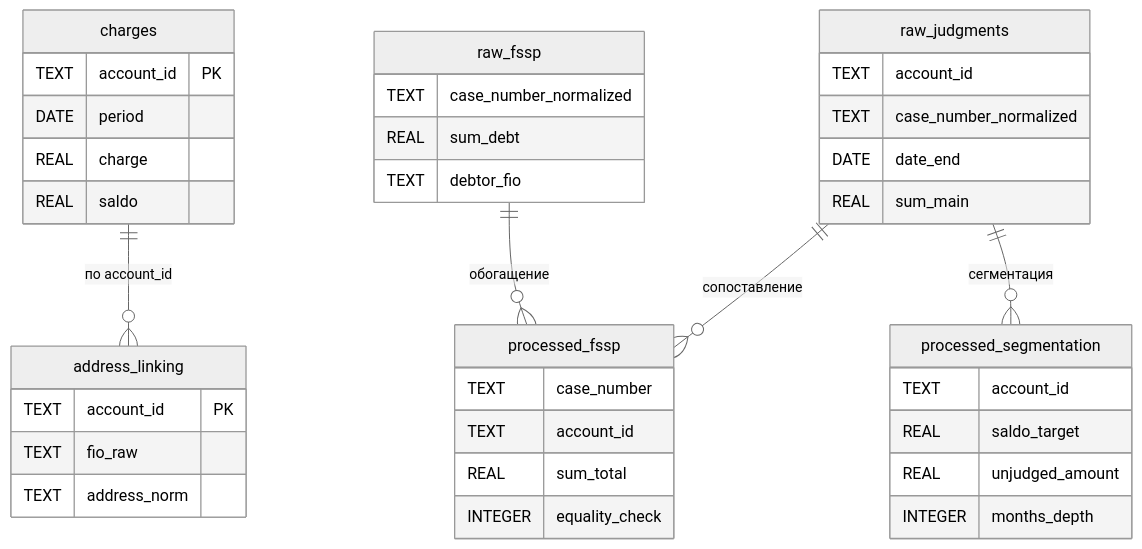
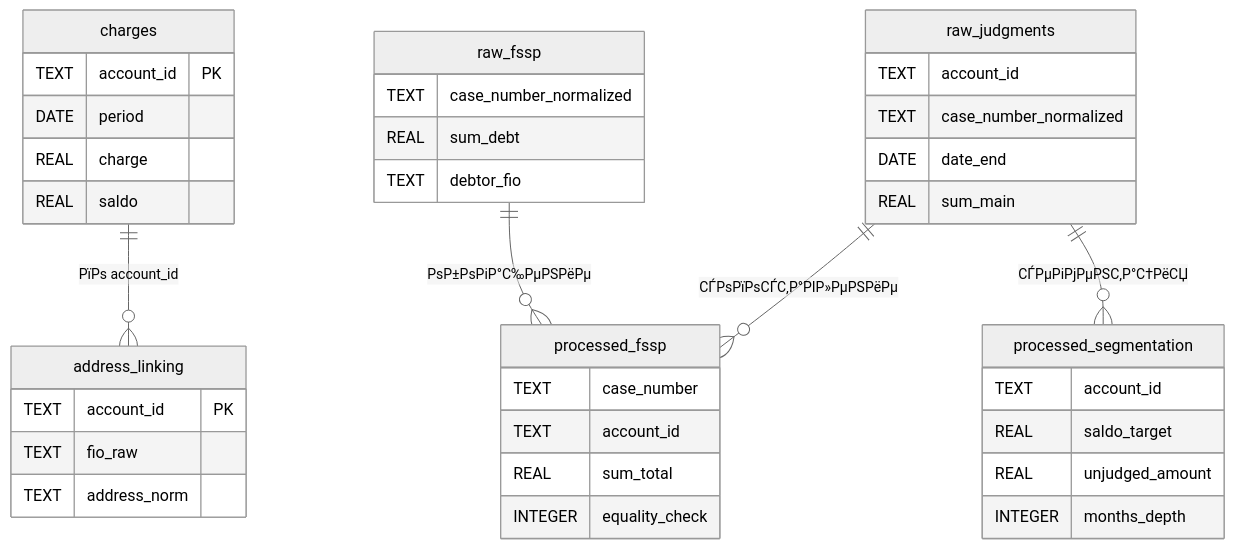
The first of 2 diagrams in docs/DB_SCHEMA.md (turinyura/DebtManagerApp2_v2-docs), drawn with Mermaid (neutral theme) before and after one commit. The commit also changed other lines of this file and 8 other files, not shown here.

````diff
--- a/docs/DB_SCHEMA.md
+++ b/docs/DB_SCHEMA.md
@@ -145,47 +145,47 @@
 ```mermaid
 erDiagram
-    charges ||--o{ address_linking : "по account_id"
-    raw_fssp ||--o{ processed_fssp : "обогащение"
-    raw_judgments ||--o{ processed_fssp : "сопоставление"
-    raw_judgments ||--o{ processed_segmentation : "сегментация"
+    charges ||--o{ address_linking : "РїРѕ account_id"
+    raw_fssp ||--o{ processed_fssp : "РѕР±РѕРіР°С‰РµРЅРёРµ"
+    raw_judgments ||--o{ processed_fssp : "СЃРѕРїРѕСЃС‚Р°РІР»РµРЅРёРµ"
+    raw_judgments ||--o{ processed_segmentation : "СЃРµРіРјРµРЅС‚Р°С†РёСЏ"
     
     charges {
         TEXT account_id PK
         DATE period
         REAL charge
         REAL saldo
     }
     
     address_linking {
         TEXT account_id PK
         TEXT fio_raw
         TEXT address_norm
     }
     
     raw_fssp {
         TEXT case_number_normalized
         REAL sum_debt
         TEXT debtor_fio
     }
     
     raw_judgments {
         TEXT account_id
         TEXT case_number_normalized
         DATE date_end
         REAL sum_main
     }
     
     processed_fssp {
         TEXT case_number
         TEXT account_id
         REAL sum_total
         INTEGER equality_check
     }
     
     processed_segmentation {
         TEXT account_id
         REAL saldo_target
         REAL unjudged_amount
         INTEGER months_depth
     }
 ```
````
